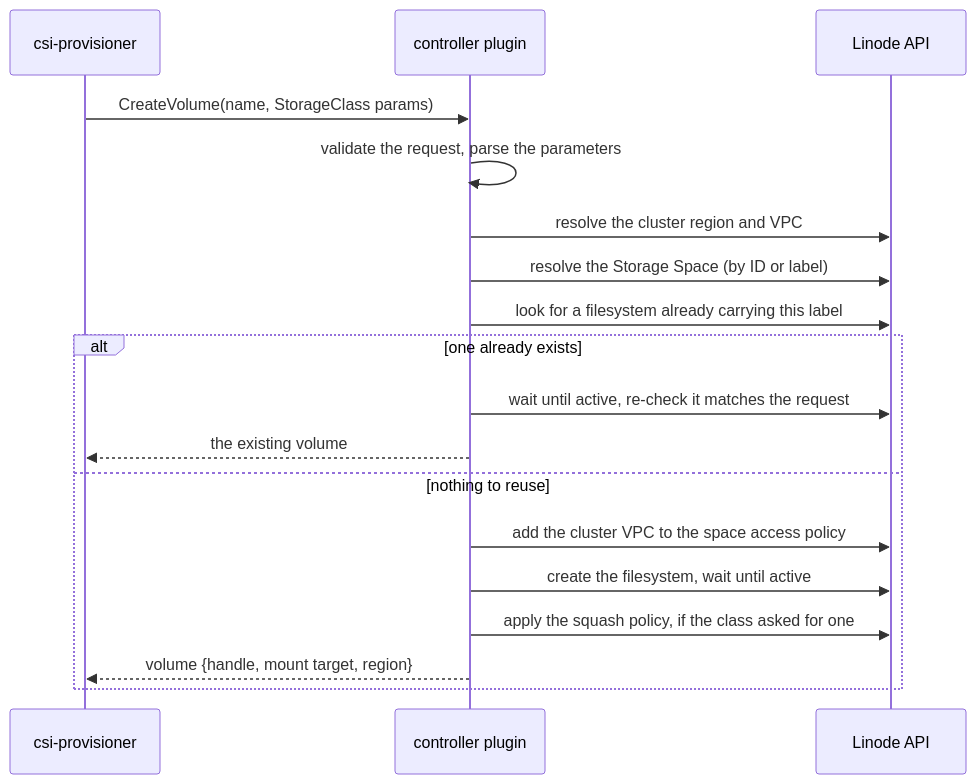
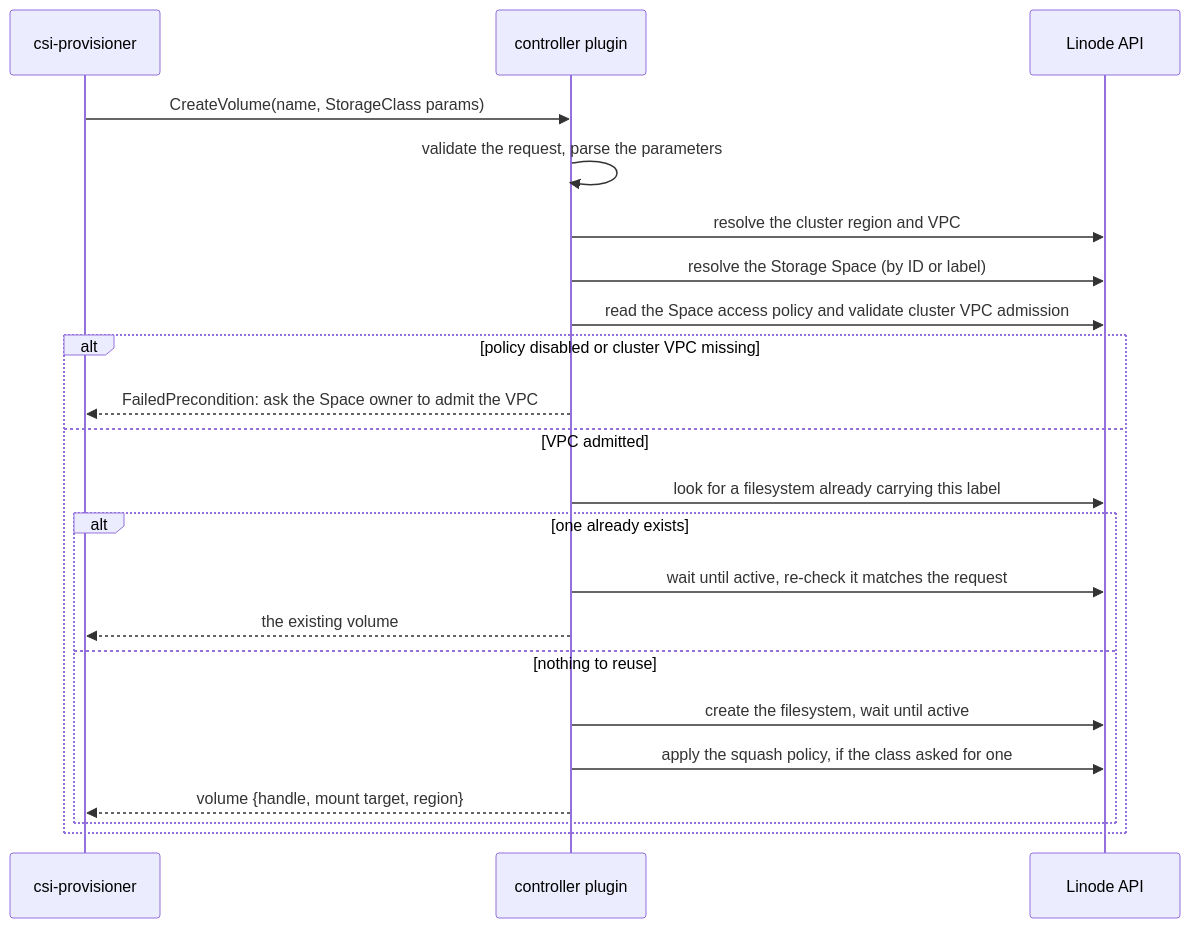
Before and after one commit to linode/linode-filestorage-csi-driver: the first of 3 diagrams in docs/architecture.md, drawn with Mermaid. The commit also changed other lines of this file and 13 other files, not shown here.

First line of the commit message:
[refactor] Refactor Space Access Policy Management

````diff
--- a/docs/architecture.md
+++ b/docs/architecture.md
@@ -201,20 +201,24 @@
 ```mermaid
 sequenceDiagram
     participant P as csi-provisioner
     participant C as controller plugin
     participant L as Linode API
     P->>C: CreateVolume(name, StorageClass params)
     C->>C: validate the request, parse the parameters
     C->>L: resolve the cluster region and VPC
     C->>L: resolve the Storage Space (by ID or label)
-    C->>L: look for a filesystem already carrying this label
-    alt one already exists
-        C->>L: wait until active, re-check it matches the request
-        C-->>P: the existing volume
-    else nothing to reuse
-        C->>L: add the cluster VPC to the space access policy
-        C->>L: create the filesystem, wait until active
-        C->>L: apply the squash policy, if the class asked for one
-        C-->>P: volume {handle, mount target, region}
+    C->>L: read the Space access policy and validate cluster VPC admission
+    alt policy disabled or cluster VPC missing
+        C-->>P: FailedPrecondition: ask the Space owner to admit the VPC
+    else VPC admitted
+        C->>L: look for a filesystem already carrying this label
+        alt one already exists
+            C->>L: wait until active, re-check it matches the request
+            C-->>P: the existing volume
+        else nothing to reuse
+            C->>L: create the filesystem, wait until active
+            C->>L: apply the squash policy, if the class asked for one
+            C-->>P: volume {handle, mount target, region}
+        end
     end
 ```
````
